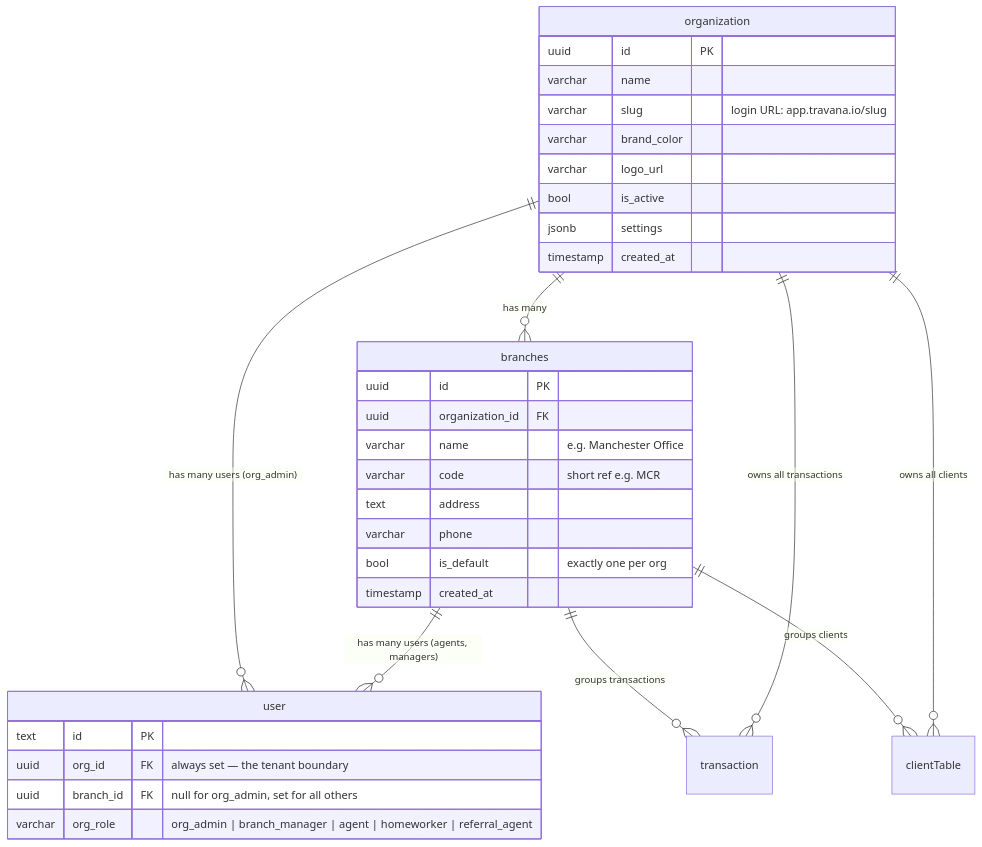
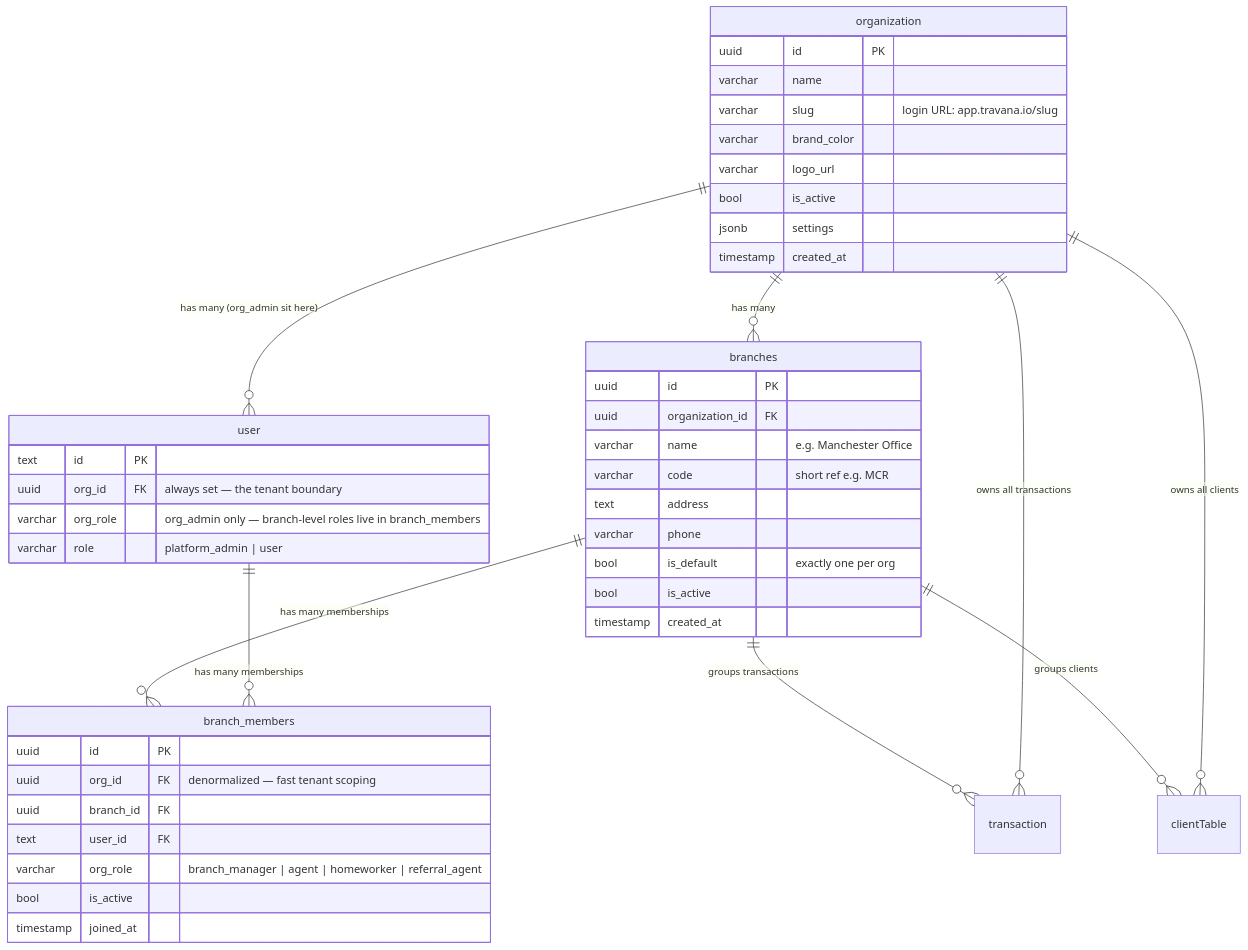
One commit to Jhay1413/travana-V2 changed the fourth of 22 diagrams in SAAS_MULTITENANCY_PLAN.md. Above: the diagram before and after it, drawn with Mermaid. The commit also changed other lines of this file and 1 other file, not shown here.

First line of the commit message:
Update database schema to support multi-tenancy and branch management

````diff
--- a/SAAS_MULTITENANCY_PLAN.md
+++ b/SAAS_MULTITENANCY_PLAN.md
@@ -89,39 +114,51 @@
 ```mermaid
 erDiagram
-    organization ||--o{ branches : "has many"
-    organization ||--o{ user : "has many users (org_admin)"
-    branches ||--o{ user : "has many users (agents, managers)"
-    branches ||--o{ transaction : "groups transactions"
-    branches ||--o{ clientTable : "groups clients"
-    organization ||--o{ transaction : "owns all transactions"
-    organization ||--o{ clientTable : "owns all clients"
+    organization ||--o{ branches        : "has many"
+    organization ||--o{ user            : "has many (org_admin sit here)"
+    branches     ||--o{ branch_members  : "has many memberships"
+    user         ||--o{ branch_members  : "has many memberships"
+    branches     ||--o{ transaction     : "groups transactions"
+    branches     ||--o{ clientTable     : "groups clients"
+    organization ||--o{ transaction     : "owns all transactions"
+    organization ||--o{ clientTable     : "owns all clients"
 
     organization {
-        uuid      id       PK
+        uuid      id          PK
         varchar   name
-        varchar   slug             "login URL: app.travana.io/slug"
+        varchar   slug                  "login URL: app.travana.io/slug"
         varchar   brand_color
         varchar   logo_url
         bool      is_active
         jsonb     settings
         timestamp created_at
     }
 
     branches {
-        uuid      id       PK
-        uuid      organization_id  FK
-        varchar   name             "e.g. Manchester Office"
-        varchar   code             "short ref e.g. MCR"
+        uuid      id          PK
+        uuid      organization_id FK
+        varchar   name                  "e.g. Manchester Office"
+        varchar   code                  "short ref e.g. MCR"
         text      address
         varchar   phone
-        bool      is_default       "exactly one per org"
+        bool      is_default            "exactly one per org"
+        bool      is_active
         timestamp created_at
     }
 
+    branch_members {
+        uuid      id          PK
+        uuid      org_id      FK        "denormalized — fast tenant scoping"
+        uuid      branch_id   FK
+        text      user_id     FK
+        varchar   org_role              "branch_manager | agent | homeworker | referral_agent"
+        bool      is_active
+        timestamp joined_at
+    }
+
     user {
-        text      id       PK
-        uuid      org_id           FK  "always set — the tenant boundary"
-        uuid      branch_id        FK  "null for org_admin, set for all others"
-        varchar   org_role             "org_admin | branch_manager | agent | homeworker | referral_agent"
+        text      id          PK
+        uuid      org_id      FK        "always set — the tenant boundary"
+        varchar   org_role              "org_admin only — branch-level roles live in branch_members"
+        varchar   role                  "platform_admin | user"
     }
 ```
````
